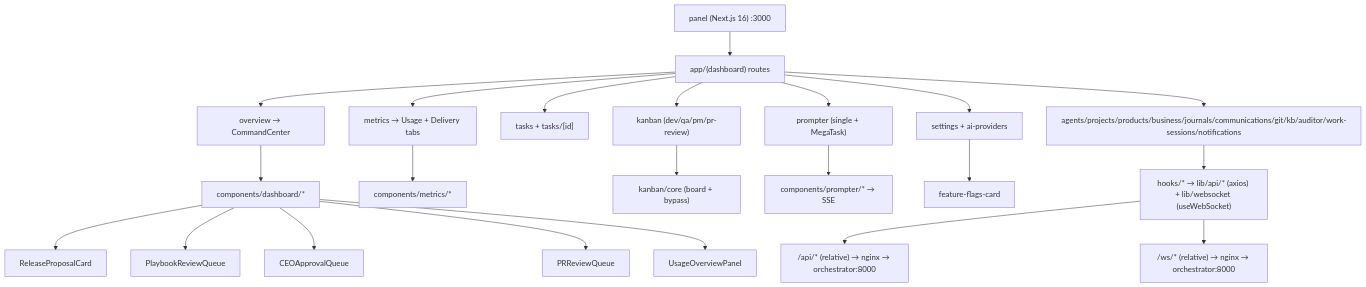
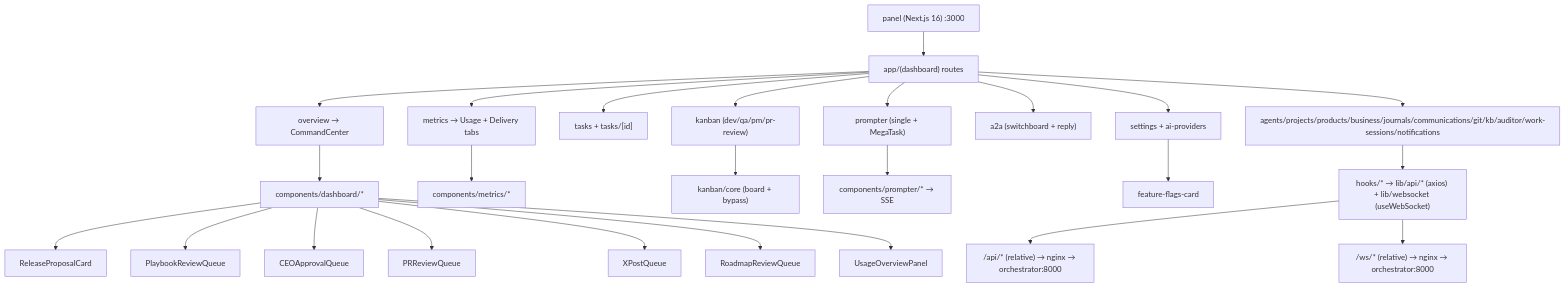
One commit to rennf93/roboco changed the diagram in docs/map/panel.md. Above: the diagram before and after it, drawn with Mermaid. The commit also changed other lines of this file and 31 other files, not shown here.

````diff
--- a/docs/map/panel.md
+++ b/docs/map/panel.md
@@ -82,25 +102,28 @@
 ```mermaid
 graph TD
   Panel["panel (Next.js 16) :3000"]
   Panel --> Routes["app/(dashboard) routes"]
   Routes --> Overview["overview → CommandCenter"]
   Routes --> Metrics["metrics → Usage + Delivery tabs"]
   Routes --> Tasks["tasks + tasks/[id]"]
   Routes --> Kanban["kanban (dev/qa/pm/pr-review)"]
   Routes --> Prompter["prompter (single + MegaTask)"]
+  Routes --> A2ALive["a2a (switchboard + reply)"]
   Routes --> Settings["settings + ai-providers"]
   Routes --> Domain["agents/projects/products/business/journals/communications/git/kb/auditor/work-sessions/notifications"]
   Overview --> Dash["components/dashboard/*"]
   Dash --> Release["ReleaseProposalCard"]
   Dash --> Playbook["PlaybookReviewQueue"]
   Dash --> Ceo["CEOApprovalQueue"]
   Dash --> Pr["PRReviewQueue"]
+  Dash --> XQ["XPostQueue"]
+  Dash --> Rd["RoadmapReviewQueue"]
   Dash --> Usage["UsageOverviewPanel"]
   Metrics --> MComp["components/metrics/*"]
   Kanban --> KCore["kanban/core (board + bypass)"]
   Prompter --> PComp["components/prompter/* → SSE"]
   Settings --> FF["feature-flags-card"]
   Domain --> Hooks["hooks/* → lib/api/* (axios) + lib/websocket (useWebSocket)"]
   Hooks --> API["/api/* (relative) → nginx → orchestrator:8000"]
   Hooks --> WS["/ws/* (relative) → nginx → orchestrator:8000"]
 ```
````
